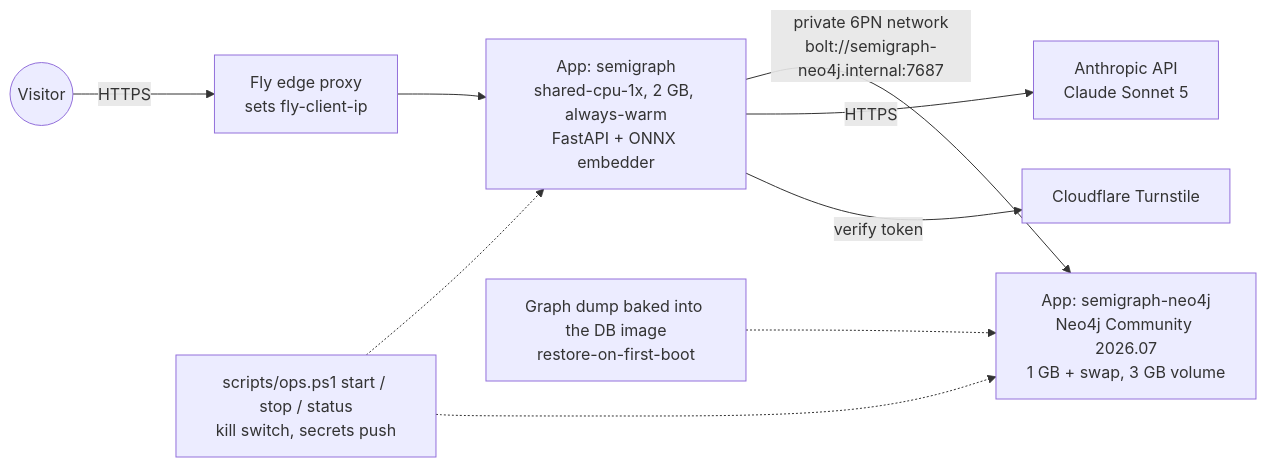
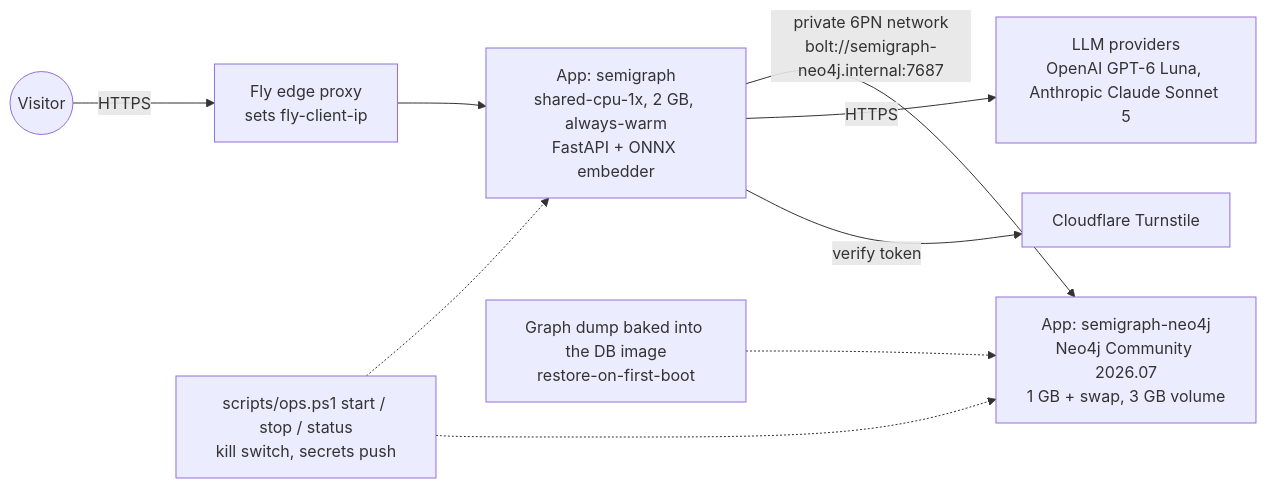
Before and after one commit to amit-badave-04/ai-semiconductor-risk-intelligence-graphrag: the third of 3 diagrams in README.md, drawn with Mermaid. The commit also changed other lines of this file and 15 other files, not shown here.

````diff
--- a/README.md
+++ b/README.md
@@ -223,11 +261,11 @@
 ```mermaid
 flowchart LR
     Visitor((Visitor)) -->|HTTPS| Edge["Fly edge proxy<br/>sets fly-client-ip"]
     Edge --> API["App: semigraph<br/>shared-cpu-1x, 2 GB, always-warm<br/>FastAPI + ONNX embedder"]
     API -->|"private 6PN network<br/>bolt://semigraph-neo4j.internal:7687"| NEO["App: semigraph-neo4j<br/>Neo4j Community 2026.07<br/>1 GB + swap, 3 GB volume"]
-    API -->|HTTPS| Claude["Anthropic API<br/>Claude Sonnet 5"]
+    API -->|HTTPS| Claude["LLM providers<br/>OpenAI GPT-6 Luna, Anthropic Claude Sonnet 5"]
     API -->|verify token| TS["Cloudflare Turnstile"]
     Seed["Graph dump baked into the DB image<br/>restore-on-first-boot"] -.-> NEO
     Ops["scripts/ops.ps1 start / stop / status<br/>kill switch, secrets push"] -.-> API
     Ops -.-> NEO
 ```
````
